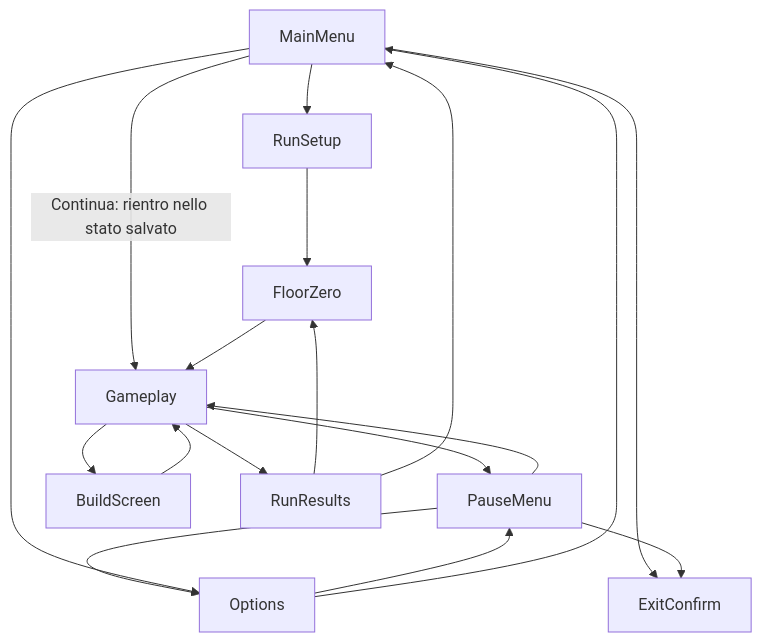
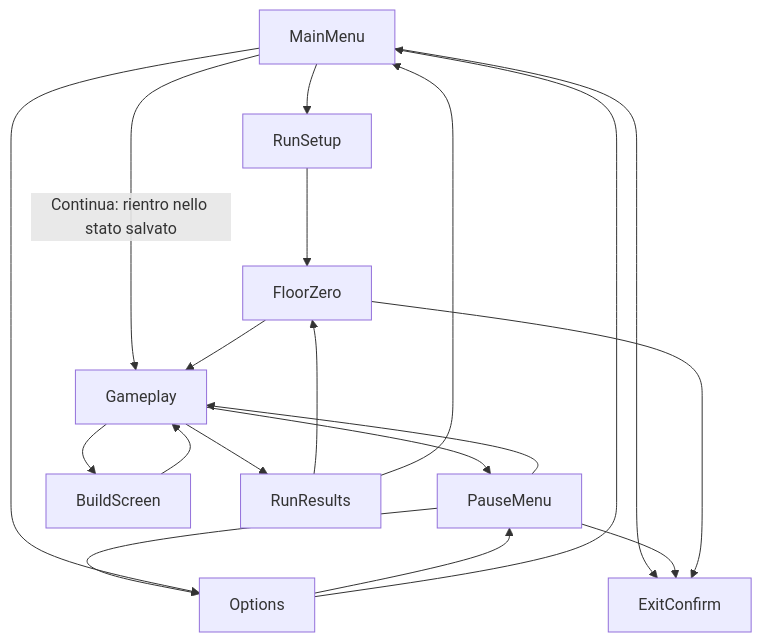
One commit to Praise32/worldsmelt changed the diagram in game-design-knowledge-base/docs/game-design/05-game-states-and-flow.md. Above: the diagram before and after it, drawn with Mermaid. The commit also changed other lines of this file and 18 other files, not shown here.

````diff
--- a/game-design-knowledge-base/docs/game-design/05-game-states-and-flow.md
+++ b/game-design-knowledge-base/docs/game-design/05-game-states-and-flow.md
@@ -44,20 +49,21 @@
 ```mermaid
 flowchart TD
     MainMenu --> RunSetup
     MainMenu -->|Continua: rientro nello stato salvato| Gameplay
     RunSetup --> FloorZero
     FloorZero --> Gameplay
     Gameplay --> PauseMenu
     PauseMenu --> Gameplay
     PauseMenu --> Options
     Options --> PauseMenu
     Gameplay --> BuildScreen
     BuildScreen --> Gameplay
     Gameplay --> RunResults
     RunResults --> FloorZero
     RunResults --> MainMenu
     MainMenu --> Options
     Options --> MainMenu
     MainMenu --> ExitConfirm
     PauseMenu --> ExitConfirm
+    FloorZero --> ExitConfirm
 ```
````
